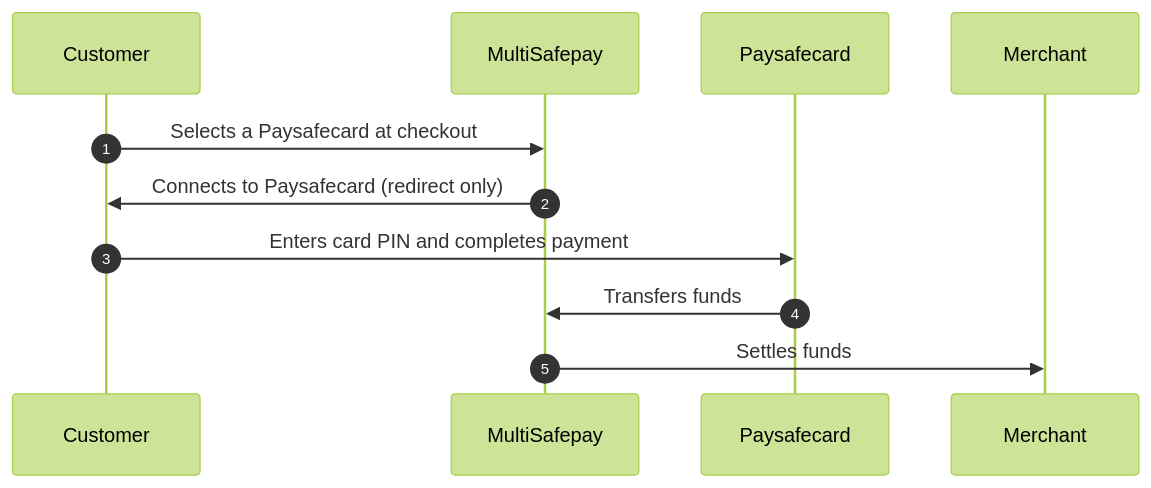
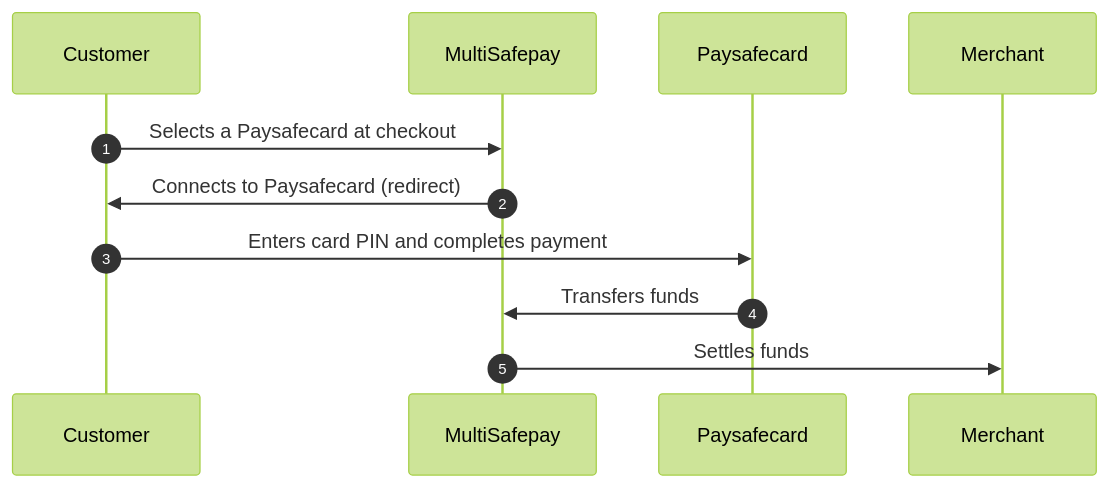
One commit to MultiSafepay/docs changed the diagram in content/payments/methods/prepaid-cards/paysafecard/payment-flow.md. Above: the diagram before and after it, drawn with Mermaid (forest theme). The commit also changed other lines of this file and 253 other files, not shown here.

```diff
--- a/content/payments/methods/prepaid-cards/paysafecard/payment-flow.md
+++ b/content/payments/methods/prepaid-cards/paysafecard/payment-flow.md
@@ -16,16 +16,16 @@
 {{< mermaid class="text-center" >}}
 
 sequenceDiagram
     autonumber
     participant C as Customer
     participant Mu as MultiSafepay
     participant P as Paysafecard
     participant Me as Merchant
 
     C->>Mu: Selects a Paysafecard at checkout
-    Mu->>C: Connects to Paysafecard (redirect only)
+    Mu->>C: Connects to Paysafecard (redirect)
     C->>P: Enters card PIN and completes payment
     P->>Mu: Transfers funds 
     Mu->>Me: Settles funds
 
 {{< /mermaid >}}
```
